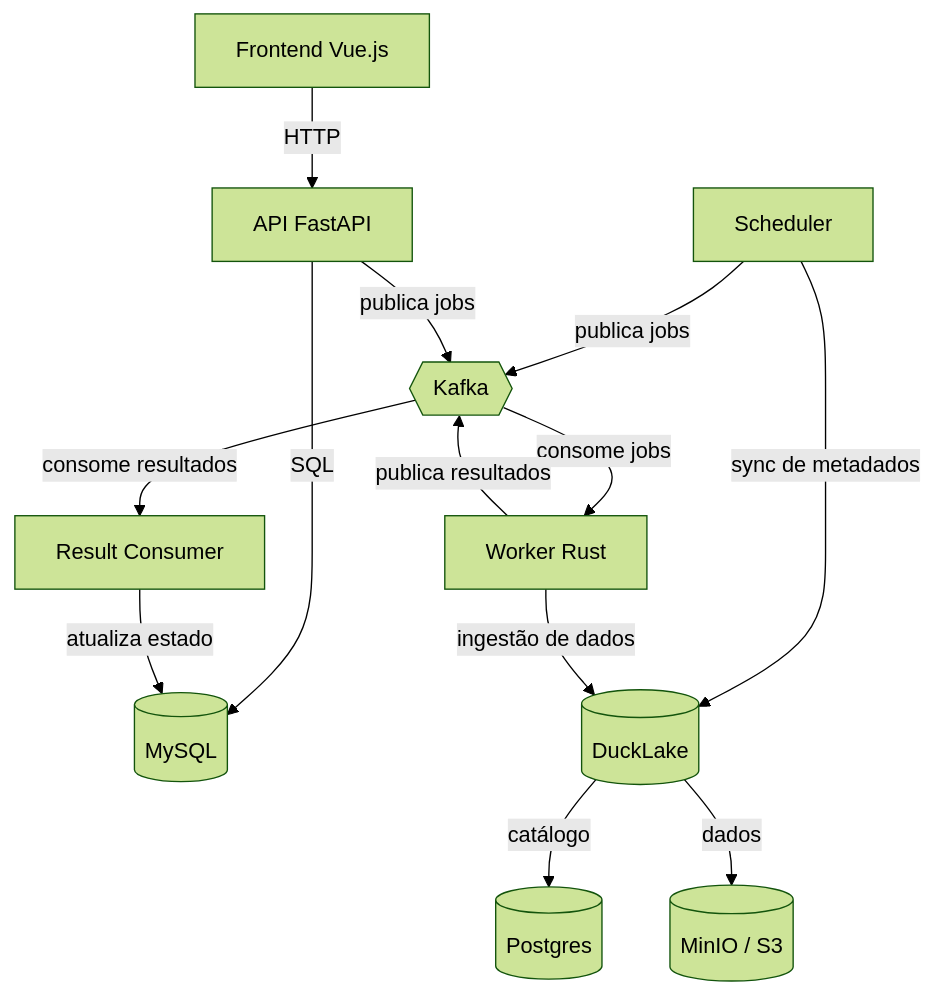
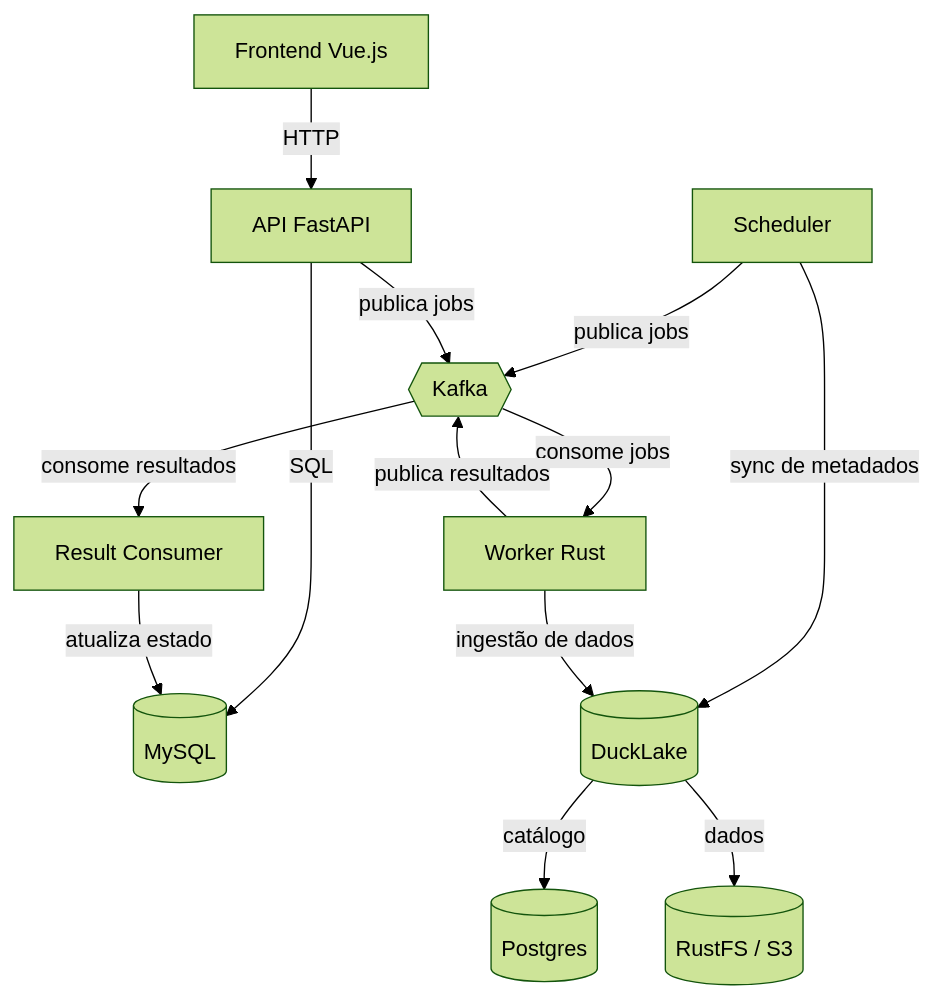
The diagram in README.md (DadosAbertosBH/ckan-ingestor), drawn with Mermaid (forest theme) before and after one commit. The commit also changed other lines of this file and 16 other files, not shown here.

Commit message:
Replace MinIO with RustFS and run integration tests

````diff
--- a/README.md
+++ b/README.md
@@ -12,15 +12,15 @@
 ```mermaid
 graph TD
     UI[Frontend Vue.js] -->|HTTP| API[API FastAPI]
     API -->|SQL| MYSQL[(MySQL)]
     SCHED[Scheduler] -->|sync de metadados| LAKE[(DuckLake)]
     SCHED -->|publica jobs| KAFKA{{Kafka}}
     API -->|publica jobs| KAFKA
     KAFKA -->|consome jobs| WORKER[Worker Rust]
     WORKER -->|ingestão de dados| LAKE
     WORKER -->|publica resultados| KAFKA
     KAFKA -->|consome resultados| RESULT[Result Consumer]
     RESULT -->|atualiza estado| MYSQL
     LAKE -->|catálogo| PG[(Postgres)]
-    LAKE -->|dados| S3[(MinIO / S3)]
+    LAKE -->|dados| S3[(RustFS / S3)]
 ```
````
